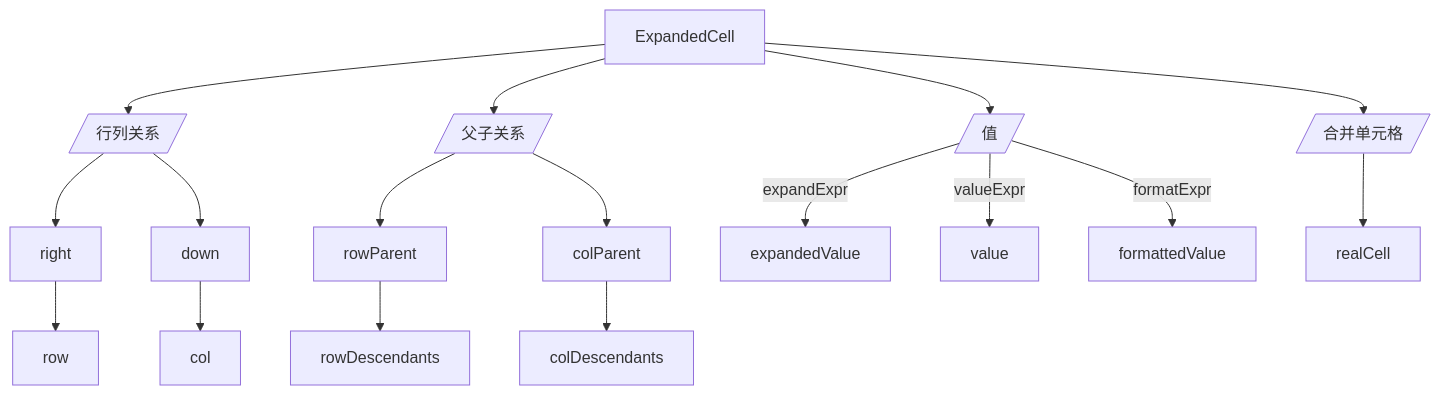
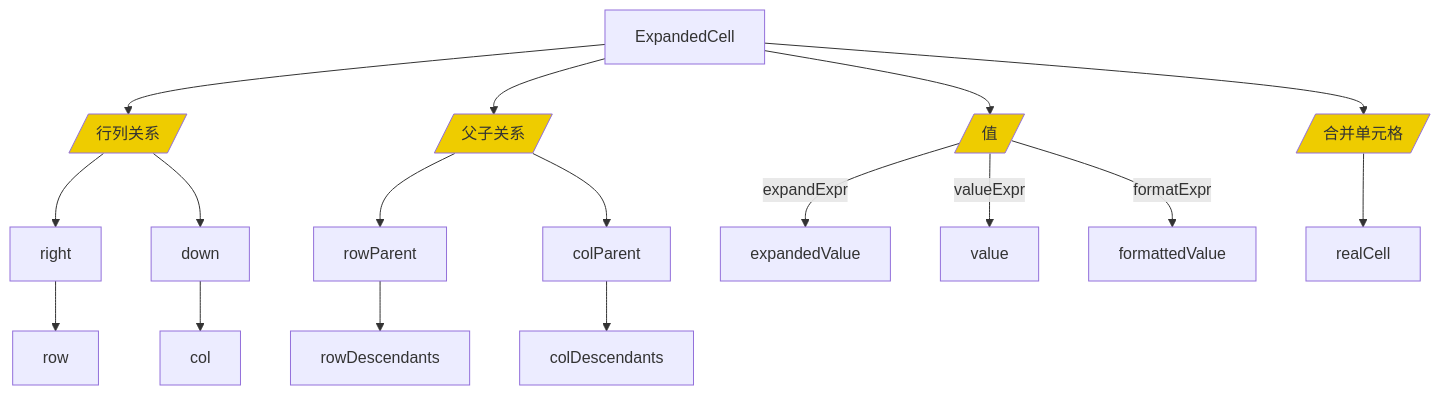
Before and after one commit to entropy-cloud/nop-entropy: the seventh of 12 diagrams in docs/dev-guide/report/report-design.md, drawn with Mermaid. The commit also changed other lines of this file and 2 other files, not shown here.

````diff
--- a/docs/dev-guide/report/report-design.md
+++ b/docs/dev-guide/report/report-design.md
@@ -182,21 +238,26 @@
 ```mermaid
 graph TD
 
 ExpandedCell --> a3[/行列关系/]
 ExpandedCell --> a2[/父子关系/]
 ExpandedCell --> a1[/值/]
 ExpandedCell --> a4[/合并单元格/]
 
 a2[/父子关系/] --> rowParent --> rowDescendants
 a2[/父子关系/] --> colParent --> colDescendants
 
 a3[/行列关系/] --> right --> row
 a3[/行列关系/] --> down --> col
 
 
 a1[/值/] --expandExpr--> expandedValue
 a1[/值/] --valueExpr--> value
 a1[/值/] --formatExpr--> formattedValue
 
 a4[/合并单元格/] --> realCell
+
+style a1 fill:#eecc00
+style a2 fill:#eecc00
+style a3 fill:#eecc00
+style a4 fill:#eecc00
 ```
````
